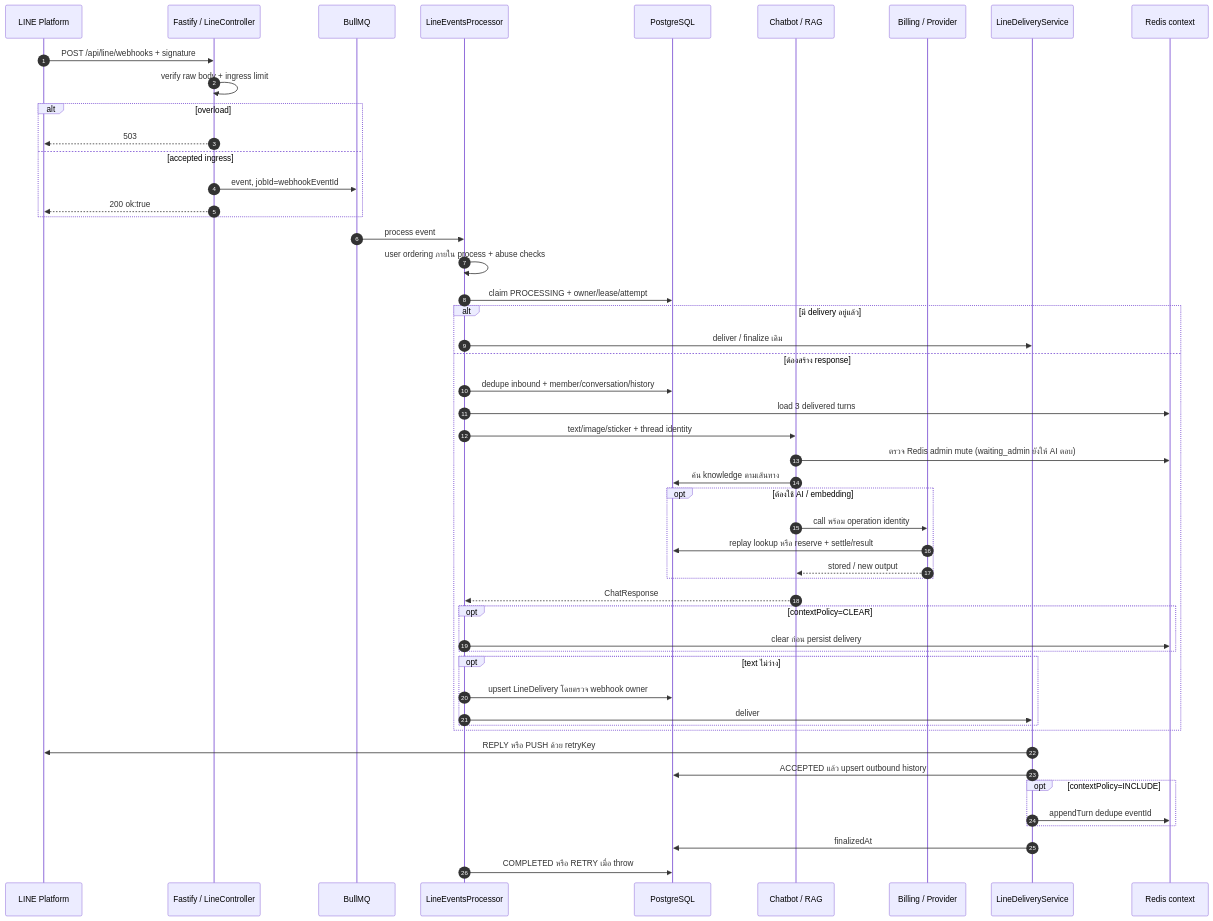
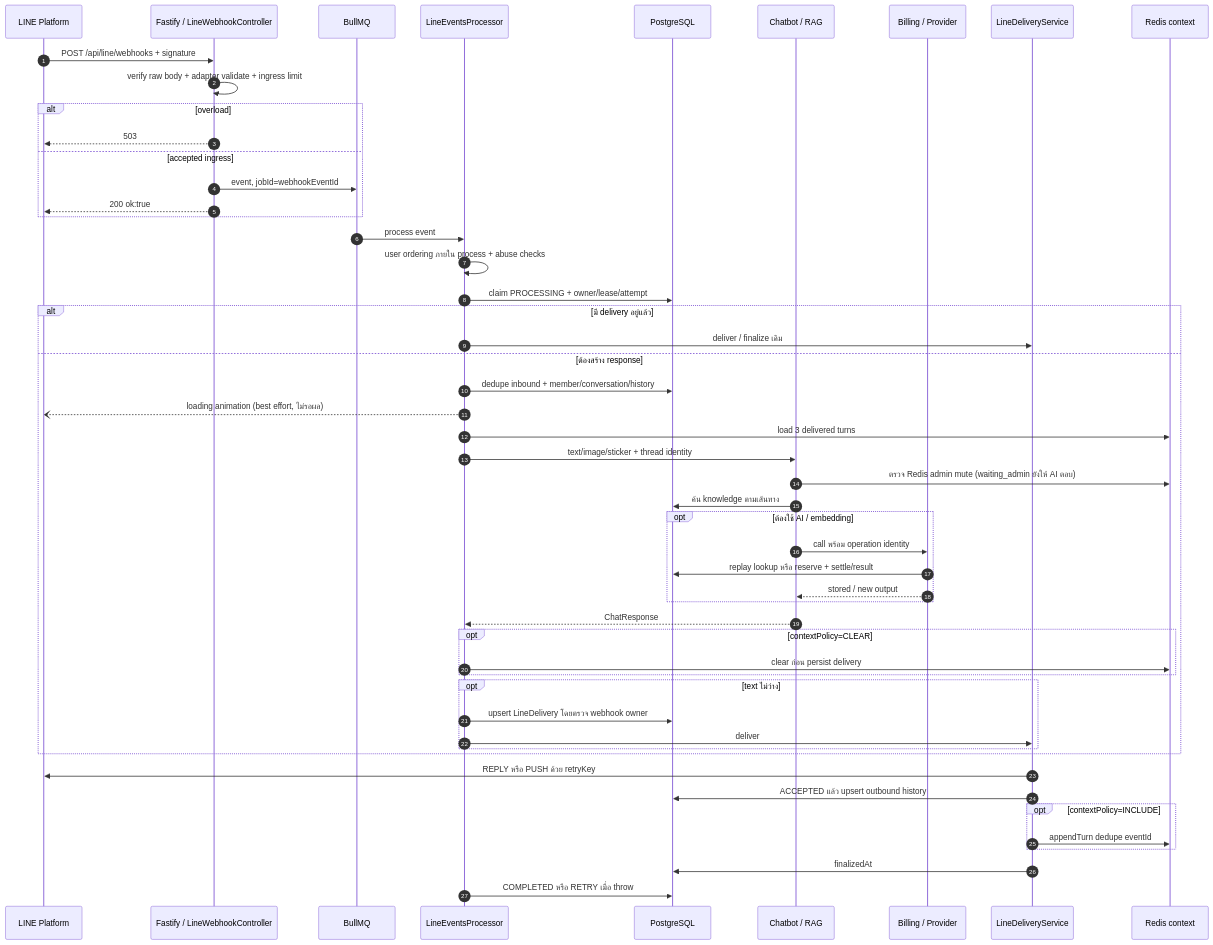
Before and after one commit to Codeine999/chatbot-agents: the first of 2 diagrams in docs/line-message-e2e-current.md, drawn with Mermaid. The commit also changed other lines of this file and 141 other files, not shown here.

````diff
--- a/docs/line-message-e2e-current.md
+++ b/docs/line-message-e2e-current.md
@@ -11,54 +41,55 @@
 ```mermaid
 sequenceDiagram
     autonumber
     participant L as LINE Platform
-    participant H as Fastify / LineController
+    participant H as Fastify / LineWebhookController
     participant Q as BullMQ
     participant W as LineEventsProcessor
     participant DB as PostgreSQL
     participant B as Chatbot / RAG
     participant C as Billing / Provider
     participant D as LineDeliveryService
     participant R as Redis context
 
     L->>H: POST /api/line/webhooks + signature
-    H->>H: verify raw body + ingress limit
+    H->>H: verify raw body + adapter validate + ingress limit
     alt overload
         H-->>L: 503
     else accepted ingress
         H->>Q: event, jobId=webhookEventId
         H-->>L: 200 ok:true
     end
     Q->>W: process event
     W->>W: user ordering ภายใน process + abuse checks
     W->>DB: claim PROCESSING + owner/lease/attempt
     alt มี delivery อยู่แล้ว
         W->>D: deliver / finalize เดิม
     else ต้องสร้าง response
         W->>DB: dedupe inbound + member/conversation/history
+        W--)L: loading animation (best effort, ไม่รอผล)
         W->>R: load 3 delivered turns
         W->>B: text/image/sticker + thread identity
         B->>R: ตรวจ Redis admin mute (waiting_admin ยังให้ AI ตอบ)
         B->>DB: ค้น knowledge ตามเส้นทาง
         opt ต้องใช้ AI / embedding
             B->>C: call พร้อม operation identity
             C->>DB: replay lookup หรือ reserve + settle/result
             C-->>B: stored / new output
         end
         B-->>W: ChatResponse
         opt contextPolicy=CLEAR
             W->>R: clear ก่อน persist delivery
         end
         opt text ไม่ว่าง
             W->>DB: upsert LineDelivery โดยตรวจ webhook owner
             W->>D: deliver
         end
     end
     D->>L: REPLY หรือ PUSH ด้วย retryKey
     D->>DB: ACCEPTED แล้ว upsert outbound history
     opt contextPolicy=INCLUDE
         D->>R: appendTurn dedupe eventId
     end
     D->>DB: finalizedAt
     W->>DB: COMPLETED หรือ RETRY เมื่อ throw
 ```
````
